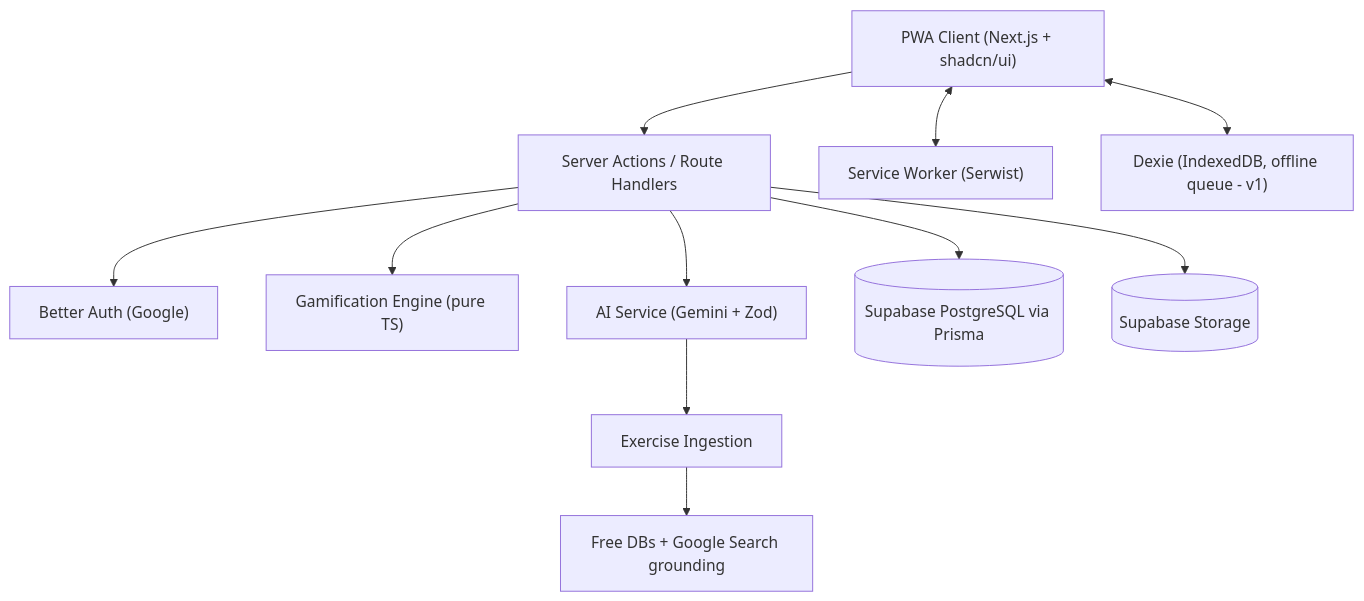
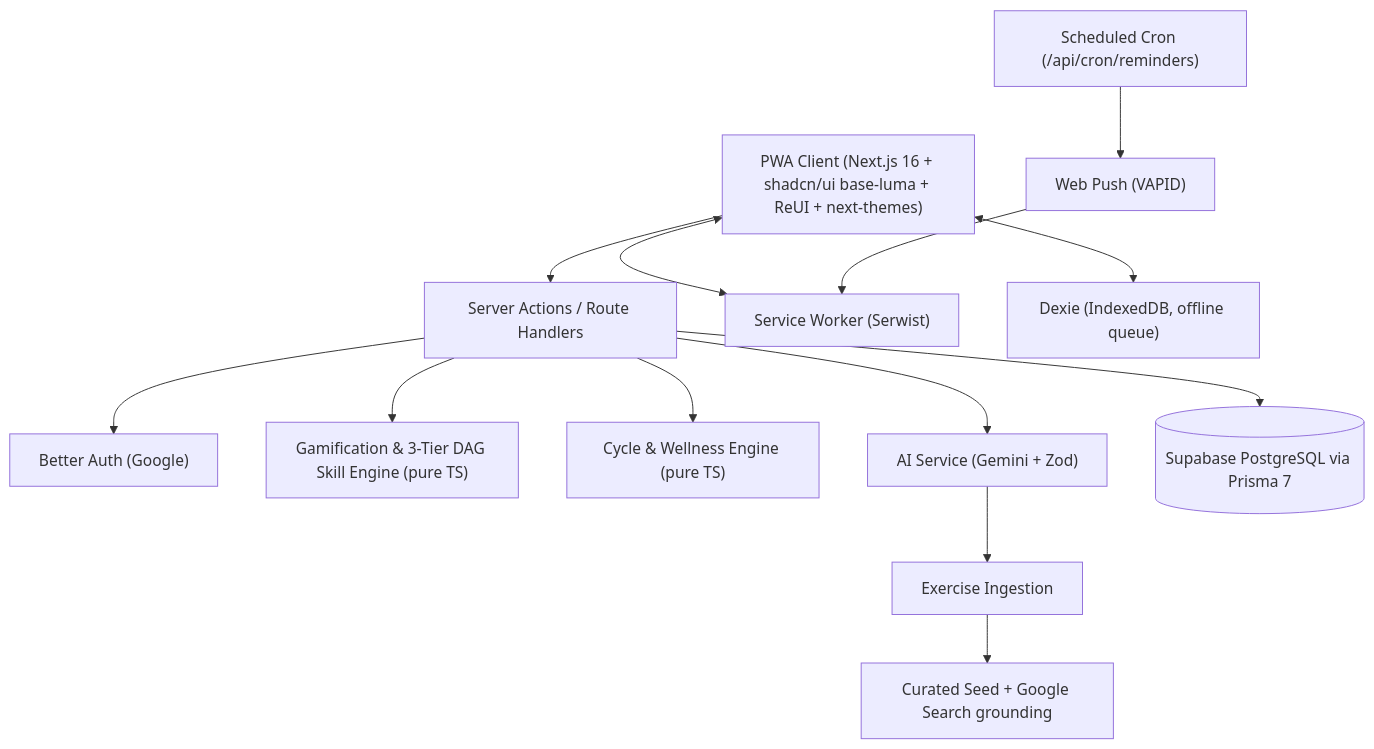
One commit to HaqqiS/Level-UP-Project changed the first of 3 diagrams in docs/ARCHITECTURE.md. Above: the diagram before and after it, drawn with Mermaid. The commit also changed other lines of this file and 2 other files, not shown here.

Commit message:
docs: update PRD, architecture, and ADR log for v1.5 and v2 milestones

````diff
--- a/docs/ARCHITECTURE.md
+++ b/docs/ARCHITECTURE.md
@@ -5,13 +5,15 @@
 ```mermaid
 flowchart TD
-  C["PWA Client (Next.js + shadcn/ui)"] --> SA["Server Actions / Route Handlers"]
+  C["PWA Client (Next.js 16 + shadcn/ui base-luma + ReUI + next-themes)"] --> SA["Server Actions / Route Handlers"]
   C <--> SW["Service Worker (Serwist)"]
-  C <--> DX["Dexie (IndexedDB, offline queue - v1)"]
+  C <--> DX["Dexie (IndexedDB, offline queue)"]
+  CRON["Scheduled Cron (/api/cron/reminders)"] --> WP["Web Push (VAPID)"]
+  WP --> SW
   SA --> BA["Better Auth (Google)"]
-  SA --> GE["Gamification Engine (pure TS)"]
+  SA --> GE["Gamification & 3-Tier DAG Skill Engine (pure TS)"]
+  SA --> WE["Cycle & Wellness Engine (pure TS)"]
   SA --> AI["AI Service (Gemini + Zod)"]
   AI --> EX["Exercise Ingestion"]
-  EX --> EXT["Free DBs + Google Search grounding"]
-  SA --> DB[("Supabase PostgreSQL via Prisma")]
-  SA --> ST[("Supabase Storage")]
+  EX --> EXT["Curated Seed + Google Search grounding"]
+  SA --> DB[("Supabase PostgreSQL via Prisma 7")]
 ```
````
